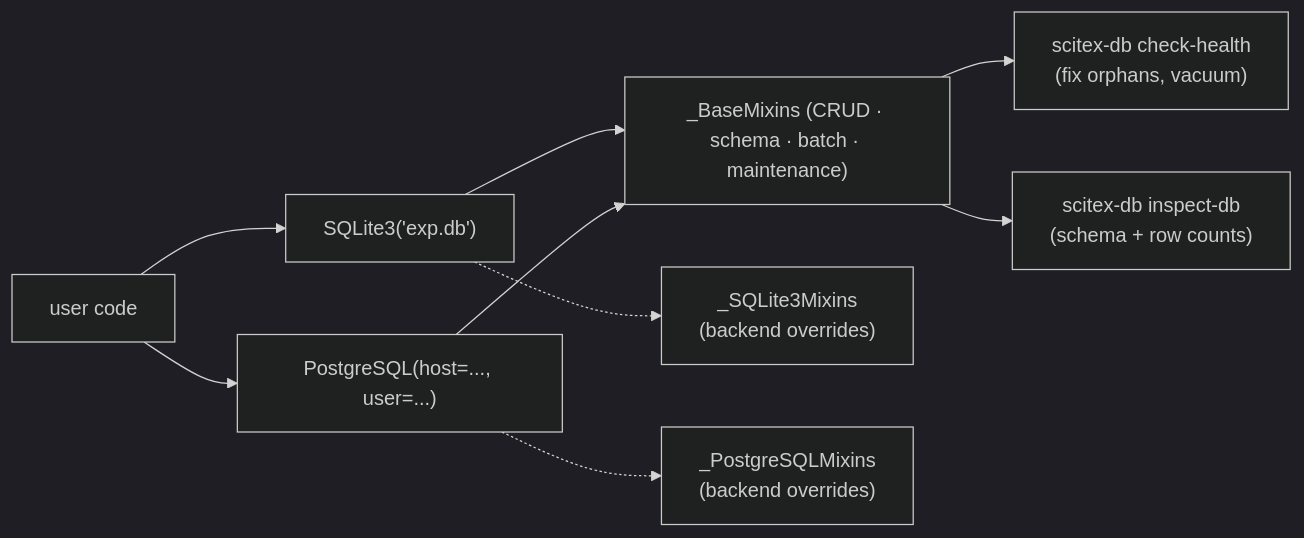
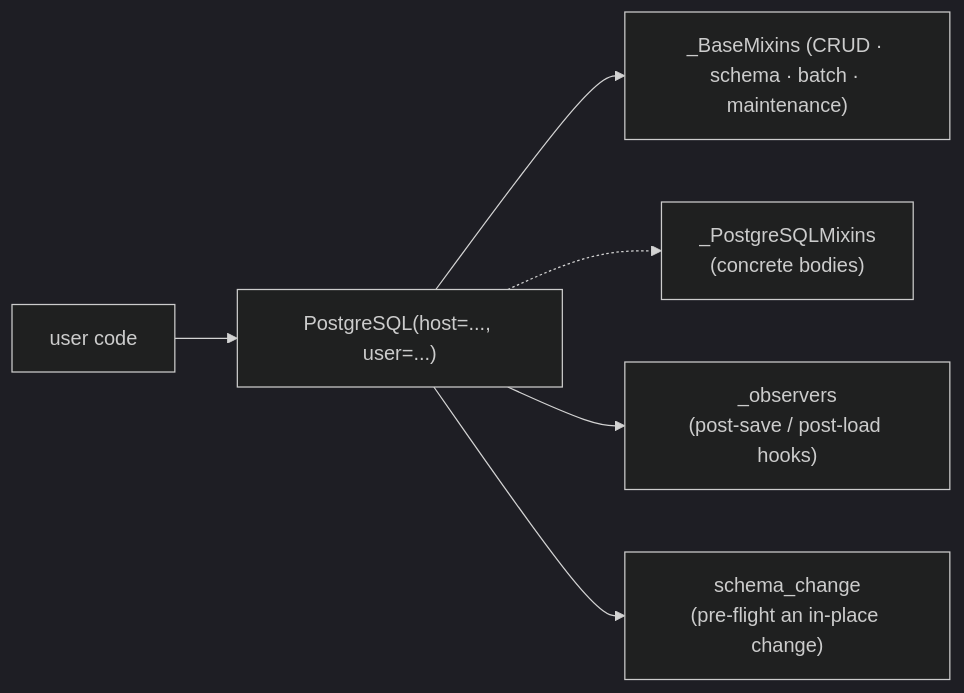
Before and after one commit to scitex-ai/scitex-db: the diagram in README.md, drawn with Mermaid (dark theme). The commit also changed other lines of this file and 131 other files, not shown here.

````diff
--- a/README.md
+++ b/README.md
@@ -157,11 +152,8 @@
 ```mermaid
 flowchart LR
-    U["user code"] --> A["SQLite3('exp.db')"]
-    U --> B["PostgreSQL(host=..., user=...)"]
-    A --> M["_BaseMixins (CRUD · schema · batch · maintenance)"]
-    B --> M
-    A -.-> SM["_SQLite3Mixins<br/>(backend overrides)"]
-    B -.-> PM["_PostgreSQLMixins<br/>(backend overrides)"]
-    M --> H["scitex-db check-health<br/>(fix orphans, vacuum)"]
-    M --> I["scitex-db inspect-db<br/>(schema + row counts)"]
+    U["user code"] --> B["PostgreSQL(host=..., user=...)"]
+    B --> M["_BaseMixins (CRUD · schema · batch · maintenance)"]
+    B -.-> PM["_PostgreSQLMixins<br/>(concrete bodies)"]
+    B --> O["_observers<br/>(post-save / post-load hooks)"]
+    B --> S["schema_change<br/>(pre-flight an in-place change)"]
 ```
````
